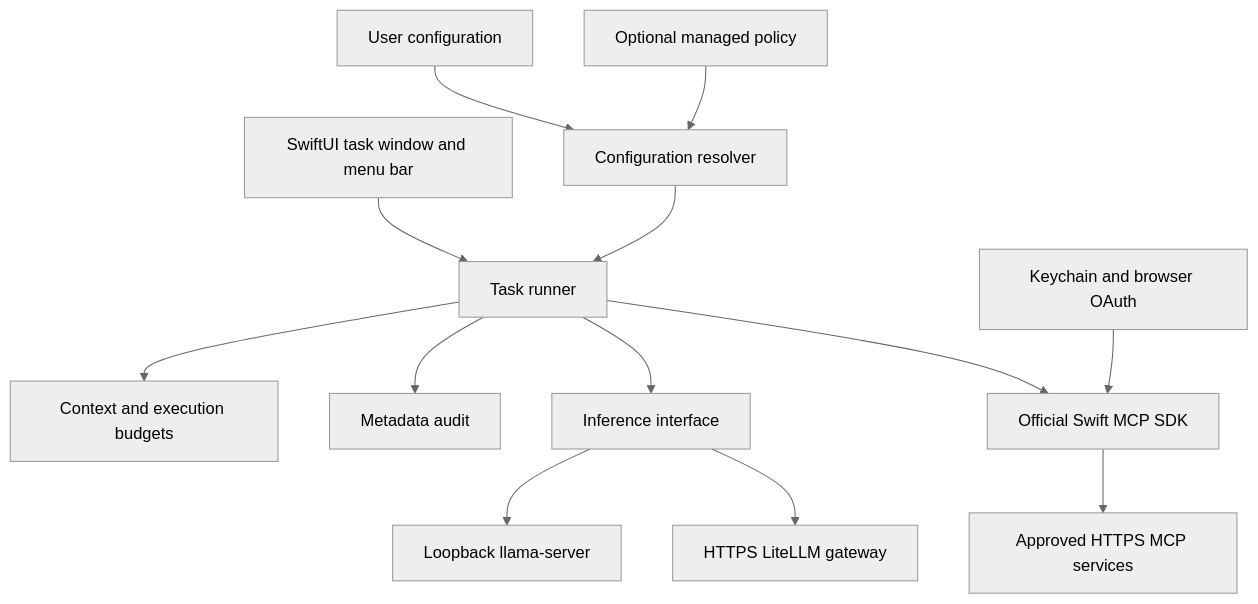
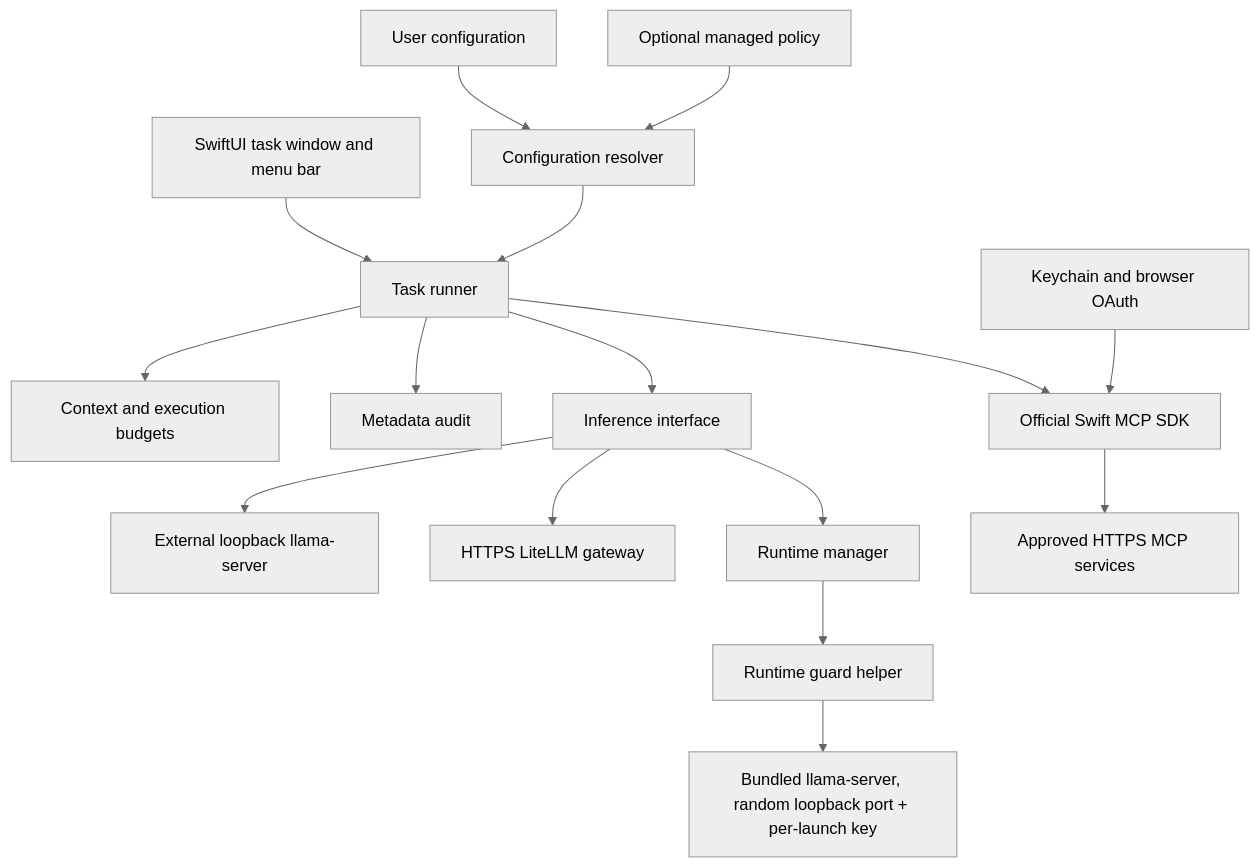
One commit to jsbonsai/minimodeLL changed the first of 2 diagrams in docs/architecture.md. Above: the diagram before and after it, drawn with Mermaid (neutral theme). The commit also changed other lines of this file and 8 other files, not shown here.

First line of the commit message:
Document bundled runtime: ADR 0008, config reference, architecture, evidence

````diff
--- a/docs/architecture.md
+++ b/docs/architecture.md
@@ -9,15 +9,18 @@
 ```mermaid
 flowchart TD
     UI[SwiftUI task window and menu bar] --> Runner[Task runner]
     Policy[Configuration resolver] --> Runner
     User[User configuration] --> Policy
     MDM[Optional managed policy] --> Policy
     Runner --> Budget[Context and execution budgets]
     Runner --> Audit[Metadata audit]
     Runner --> Inference[Inference interface]
-    Inference --> Local[Loopback llama-server]
+    Inference --> Local[External loopback llama-server]
     Inference --> Cloud[HTTPS LiteLLM gateway]
+    Inference --> Manager[Runtime manager]
+    Manager --> Guard[Runtime guard helper]
+    Guard --> Bundled[Bundled llama-server, random loopback port + per-launch key]
     Runner --> MCP[Official Swift MCP SDK]
     MCP --> Services[Approved HTTPS MCP services]
     Keychain[Keychain and browser OAuth] --> MCP
 ```
````
